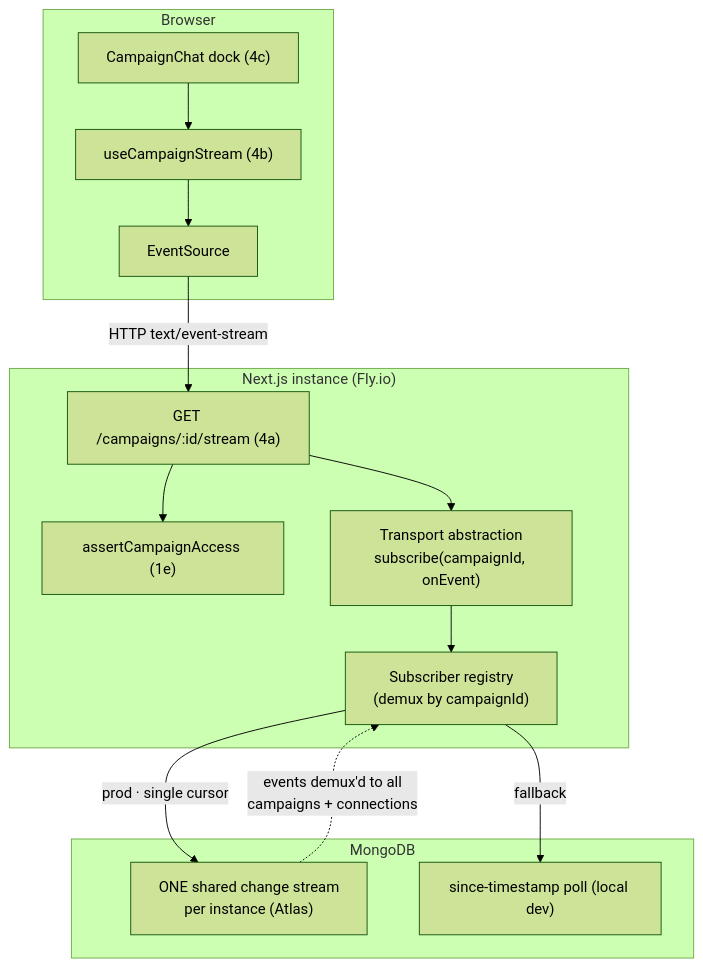
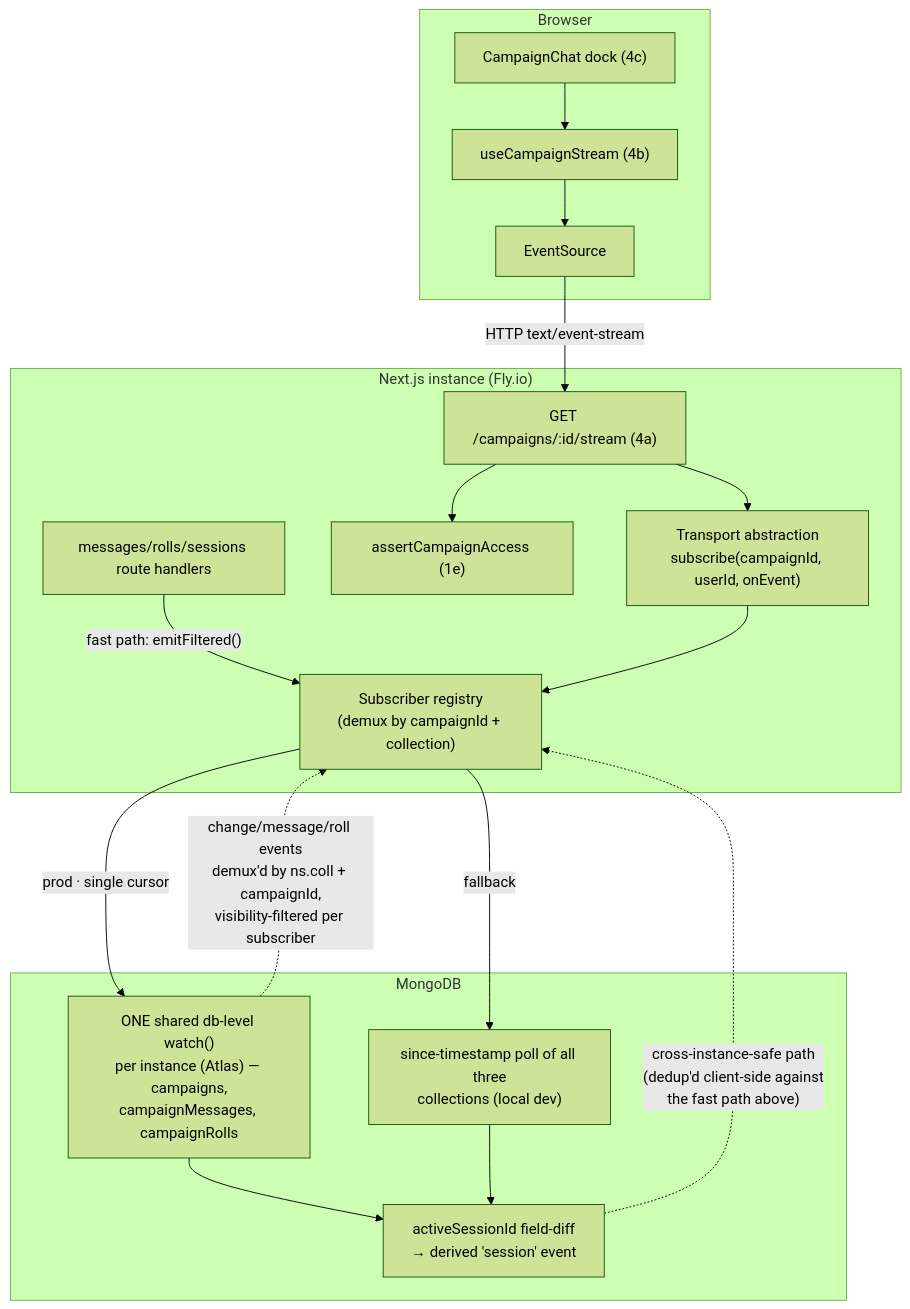
One commit to dougis-org/session-combat changed the first of 2 diagrams in docs/multi-user-campaigns/04-realtime-transport.md. Above: the diagram before and after it, drawn with Mermaid (forest theme). The commit also changed other lines of this file and 16 other files, not shown here.

````diff
--- a/docs/multi-user-campaigns/04-realtime-transport.md
+++ b/docs/multi-user-campaigns/04-realtime-transport.md
@@ -15,26 +33,32 @@
 ```mermaid
 flowchart TB
     subgraph Browser
         Dock["CampaignChat dock (4c)"]
         Hook["useCampaignStream (4b)"]
         ES["EventSource"]
         Dock --> Hook --> ES
     end
     subgraph Server["Next.js instance (Fly.io)"]
+        ROUTE["messages/rolls/sessions route handlers"]
         SSE["GET /campaigns/:id/stream (4a)"]
         AUTH["assertCampaignAccess (1e)"]
-        REG["Subscriber registry<br/>(demux by campaignId)"]
-        TA["Transport abstraction<br/>subscribe(campaignId, onEvent)"]
+        REG["Subscriber registry<br/>(demux by campaignId + collection)"]
+        TA["Transport abstraction<br/>subscribe(campaignId, userId, onEvent)"]
+        ROUTE -->|"fast path: emitFiltered()"| REG
         SSE --> AUTH
         SSE --> TA
         TA --> REG
     end
     subgraph Mongo["MongoDB"]
-        CS["ONE shared change stream<br/>per instance (Atlas)"]
-        POLL["since-timestamp poll (local dev)"]
+        CS["ONE shared db-level watch()<br/>per instance (Atlas) — campaigns,<br/>campaignMessages, campaignRolls"]
+        POLL["since-timestamp poll of all three<br/>collections (local dev)"]
+        SESS["activeSessionId field-diff<br/>→ derived 'session' event"]
     end
     ES -- "HTTP text/event-stream" --> SSE
     REG -->|prod · single cursor| CS
     REG -->|fallback| POLL
-    CS -. "events demux'd to all<br/>campaigns + connections" .-> REG
+    CS -. "change/message/roll events<br/>demux'd by ns.coll + campaignId,<br/>visibility-filtered per subscriber" .-> REG
+    CS --> SESS
+    POLL --> SESS
+    SESS -. "cross-instance-safe path<br/>(dedup'd client-side against<br/>the fast path above)" .-> REG
 ```
````
